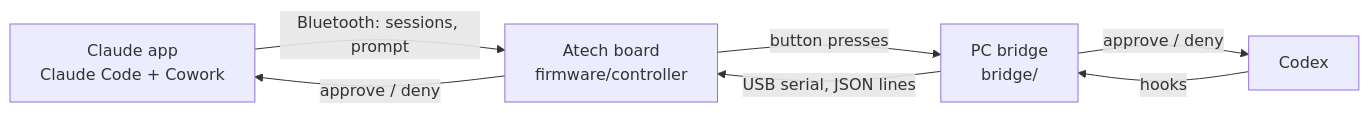
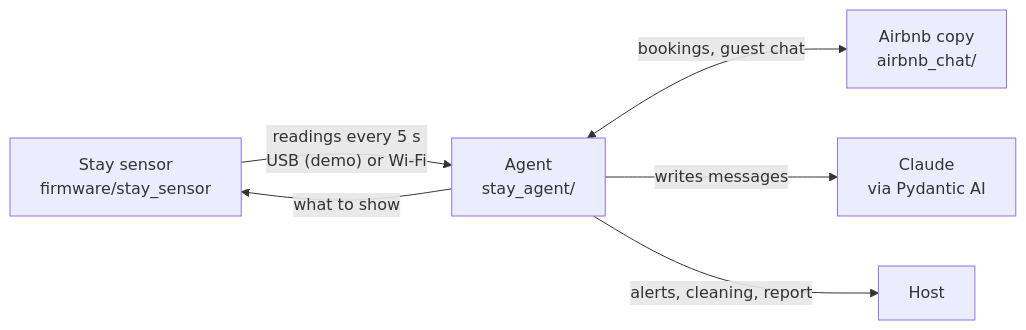
The diagram in README.md (lidalbak/hackathon), drawn with Mermaid before and after one commit. The commit also changed other lines of this file, not shown here.

First line of the commit message:
README: describe the Stay Sensor, not the old Agent Controller

````diff
--- a/README.md
+++ b/README.md
@@ -23,9 +22,8 @@
 ```mermaid
 flowchart LR
-    CA[Claude app<br/>Claude Code + Cowork] -- "Bluetooth: sessions, prompt" --> FW
-    FW -- "approve / deny" --> CA
-    CX[Codex] -- hooks --> BR
-    BR[PC bridge<br/>bridge/] -- "USB serial, JSON lines" --> FW[Atech board<br/>firmware/controller]
-    FW -- "button presses" --> BR
-    BR -- "approve / deny" --> CX
+    B[Stay sensor<br/>firmware/stay_sensor] -- "readings every 5 s<br/>USB (demo) or Wi-Fi" --> A[Agent<br/>stay_agent/]
+    A -- "what to show" --> B
+    A <-- "bookings, guest chat" --> R[Airbnb copy<br/>airbnb_chat/]
+    A -- "writes messages" --> C[Claude<br/>via Pydantic AI]
+    A -- "alerts, cleaning, report" --> H[Host]
 ```
````
